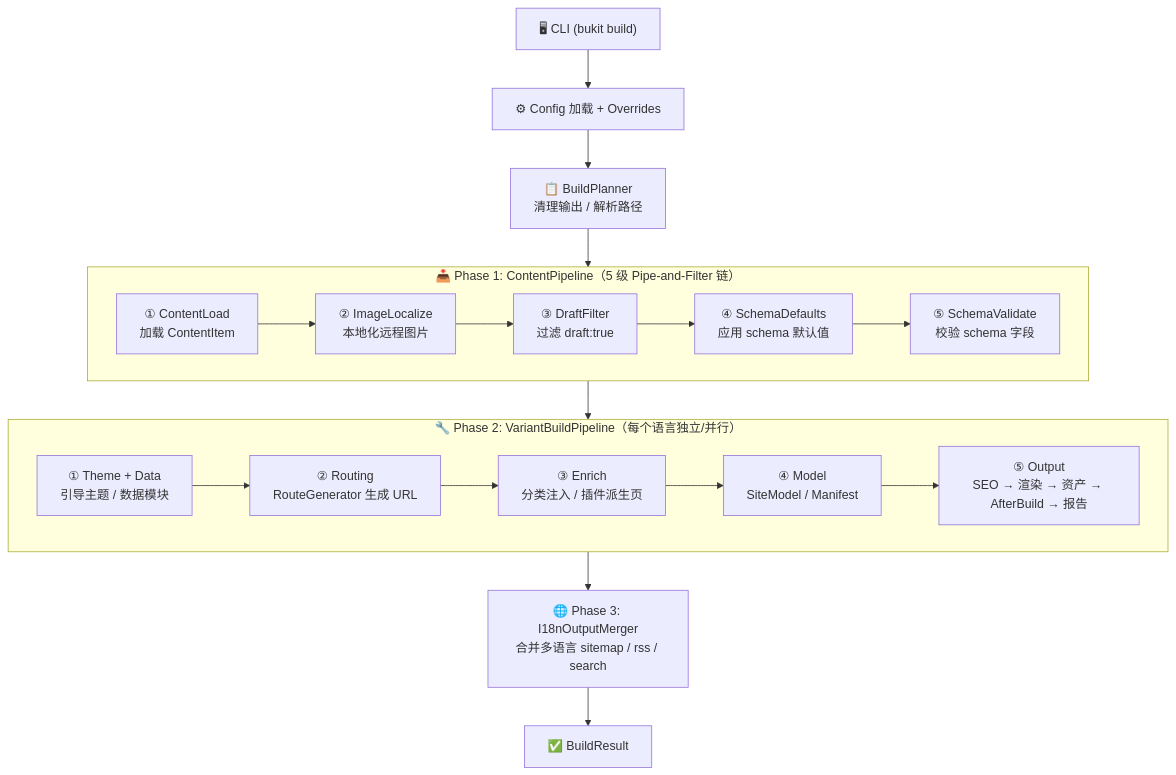
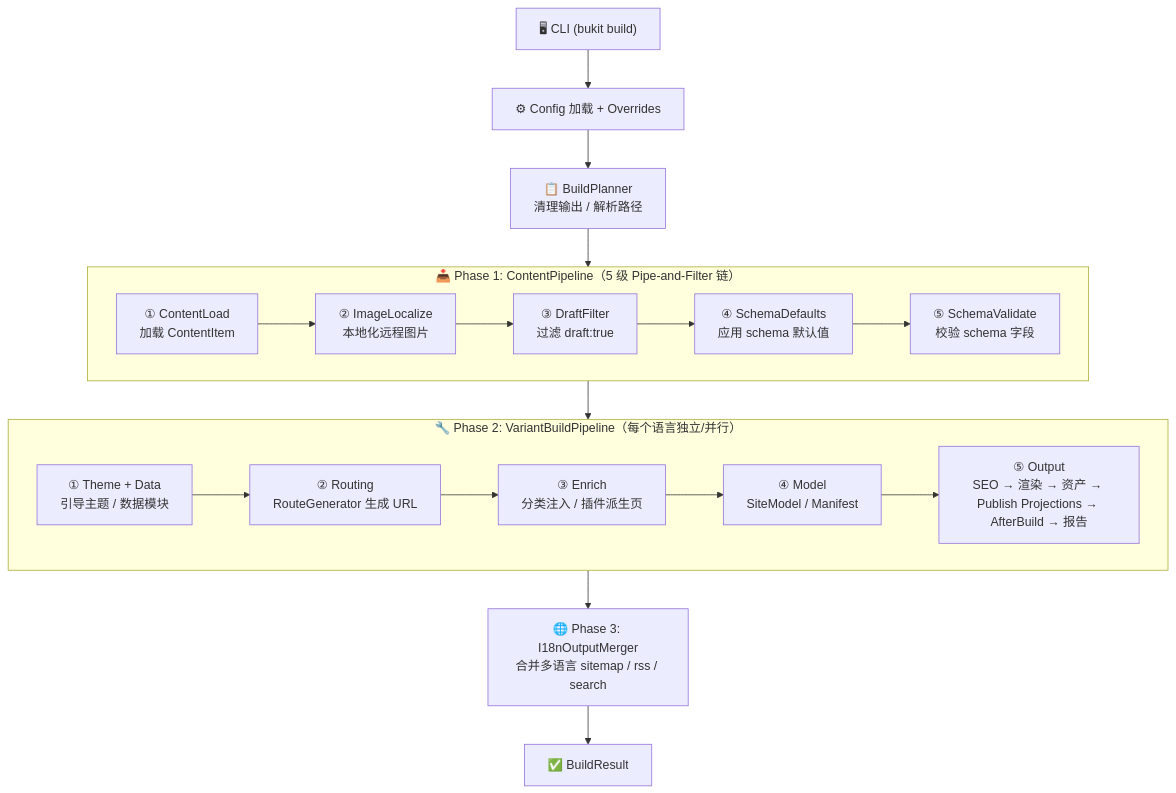
Before and after one commit to ALi365-SDN-BHD/Bukit: the diagram in guide/dev/architecture.zh-CN.md, drawn with Mermaid. The commit also changed other lines of this file and 71 other files, not shown here.

````diff
--- a/guide/dev/architecture.zh-CN.md
+++ b/guide/dev/architecture.zh-CN.md
@@ -7,23 +7,23 @@
 ```mermaid
 flowchart TD
     CLI["🖥 CLI (bukit build)"] --> CFG["⚙ Config 加载 + Overrides"]
     CFG --> P0["📋 BuildPlanner<br/>清理输出 / 解析路径"]
 
     subgraph P1["📥 Phase 1: ContentPipeline（5 级 Pipe-and-Filter 链）"]
         direction LR
         C1["① ContentLoad<br/>加载 ContentItem"] --> C2["② ImageLocalize<br/>本地化远程图片"] --> C3["③ DraftFilter<br/>过滤 draft:true"] --> C4["④ SchemaDefaults<br/>应用 schema 默认值"] --> C5["⑤ SchemaValidate<br/>校验 schema 字段"]
     end
 
     P0 --> C1
 
     subgraph P2["🔧 Phase 2: VariantBuildPipeline（每个语言独立/并行）"]
         direction LR
-        G1["① Theme + Data<br/>引导主题 / 数据模块"] --> G2["② Routing<br/>RouteGenerator 生成 URL"] --> G3["③ Enrich<br/>分类注入 / 插件派生页"] --> G4["④ Model<br/>SiteModel / Manifest"] --> G5["⑤ Output<br/>SEO → 渲染 → 资产 → AfterBuild → 报告"]
+        G1["① Theme + Data<br/>引导主题 / 数据模块"] --> G2["② Routing<br/>RouteGenerator 生成 URL"] --> G3["③ Enrich<br/>分类注入 / 插件派生页"] --> G4["④ Model<br/>SiteModel / Manifest"] --> G5["⑤ Output<br/>SEO → 渲染 → 资产 → Publish Projections → AfterBuild → 报告"]
     end
 
     C5 --> G1
 
     P3["🌐 Phase 3: I18nOutputMerger<br/>合并多语言 sitemap / rss / search"]
     G5 --> P3
     P3 --> RESULT["✅ BuildResult"]
 ```
````
